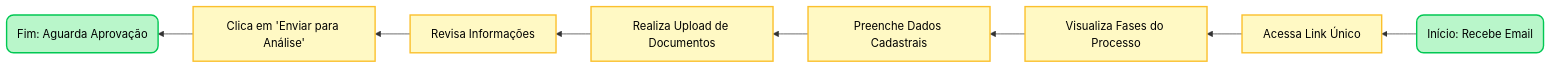
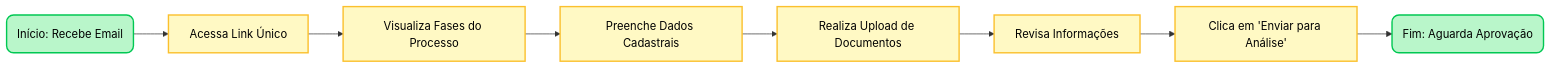
One commit to patrickangeli/sistema_onboarding changed the first of 2 diagrams in README.md. Above: the diagram before and after it, drawn with Mermaid. The commit also changed other lines of this file, not shown here.

Commit message:
update mermaid

````diff
--- a/README.md
+++ b/README.md
@@ -12,21 +12,21 @@
 ```mermaid
 
-graph RL
+graph LR
     %% Estilos (Cores da imagem enviada)
     classDef startend fill:#b9f6ca,stroke:#00c853,stroke-width:2px,color:#000,rx:10,ry:10;
     classDef process fill:#fff9c4,stroke:#fbc02d,stroke-width:2px,color:#000;
 
     %% Nós do Fluxo do Candidato
     Start(Início: Recebe Email) --> Step1[Acessa Link Único]
     Step1 --> Step2[Visualiza Fases do Processo]
     Step2 --> Step3[Preenche Dados Cadastrais]
     Step3 --> Step4[Realiza Upload de Documentos]
     Step4 --> Step5[Revisa Informações]
     Step5 --> Step6[Clica em 'Enviar para Análise']
     Step6 --> End(Fim: Aguarda Aprovação)
 
     %% Aplicando as cores
     class Start,End startend;
     class Step1,Step2,Step3,Step4,Step5,Step6 process;
 
 ```
````
